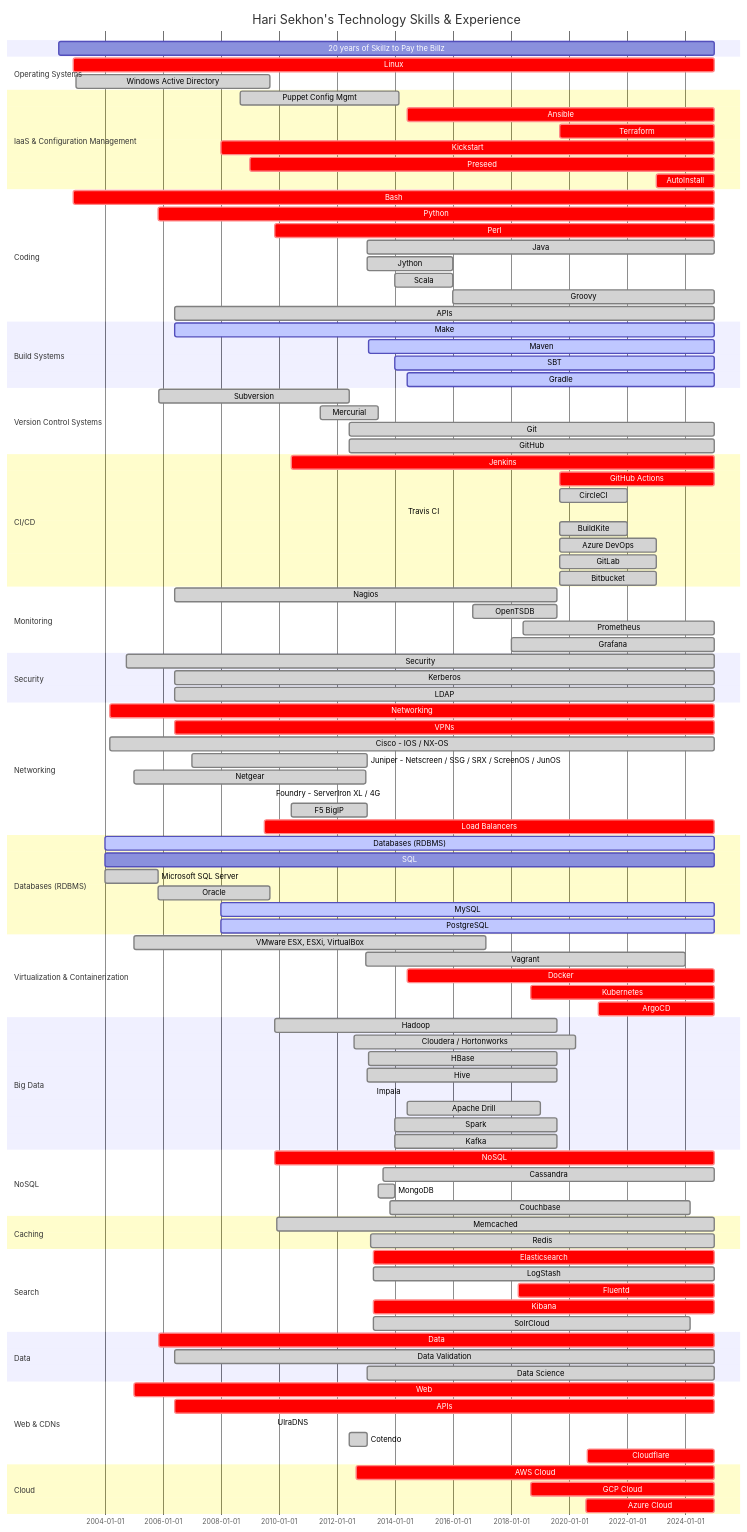
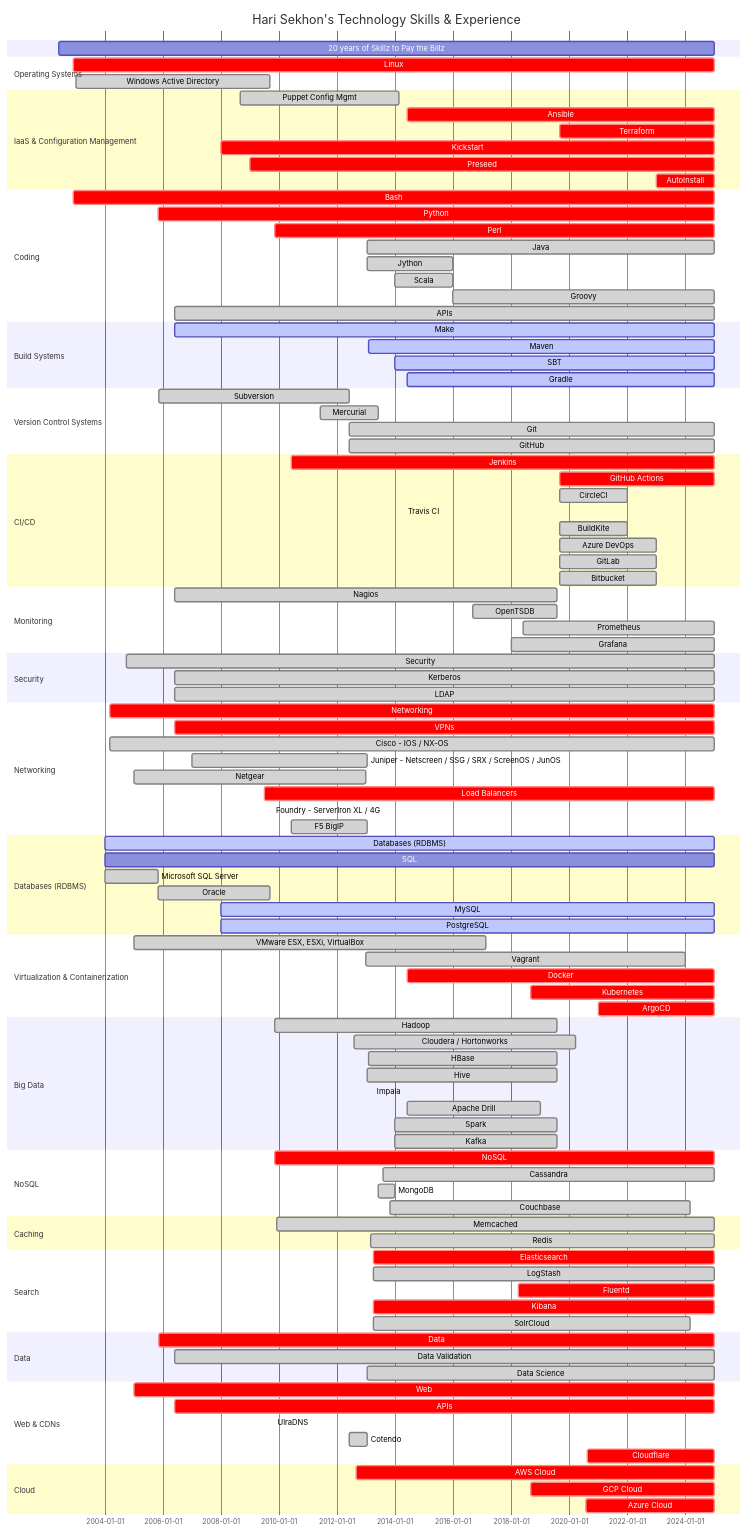
One commit to HariSekhon/HariSekhon changed the diagram in README.md. Above: the diagram before and after it, drawn with Mermaid. The commit also changed other lines of this file, not shown here.

```diff
--- a/README.md
+++ b/README.md
@@ -340,9 +340,9 @@
     Cisco - IOS / NX-OS    : done, 2004-03-01, 2024-12-31
     Juniper - Netscreen / SSG / SRX / ScreenOS / JunOS : done, 2007-01-01, 2013-01-18
     Netgear                : done, 2005-01-01, 2012-12-31
+    Load Balancers         : crit, 2009-07-01, 2024-12-31
     Foundry - ServerIron XL / 4G : done, 2009-10-13, 2011-11-31
     F5 BigIP               : done, 2010-06-01, 2013-01-18
-    Load Balancers         : crit, 2009-07-01, 2024-12-31
 
     section Databases (RDBMS)
     Databases (RDBMS)      : active, 2004-01-01, 2024-12-31
```
